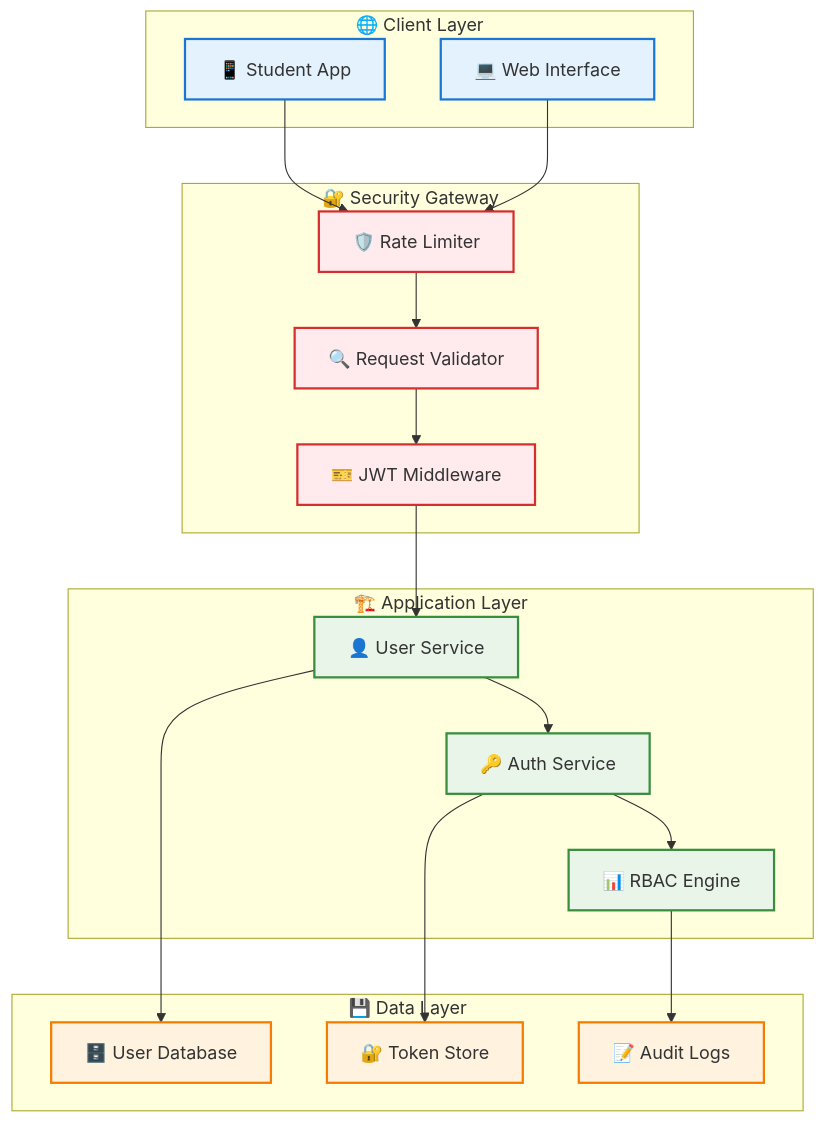
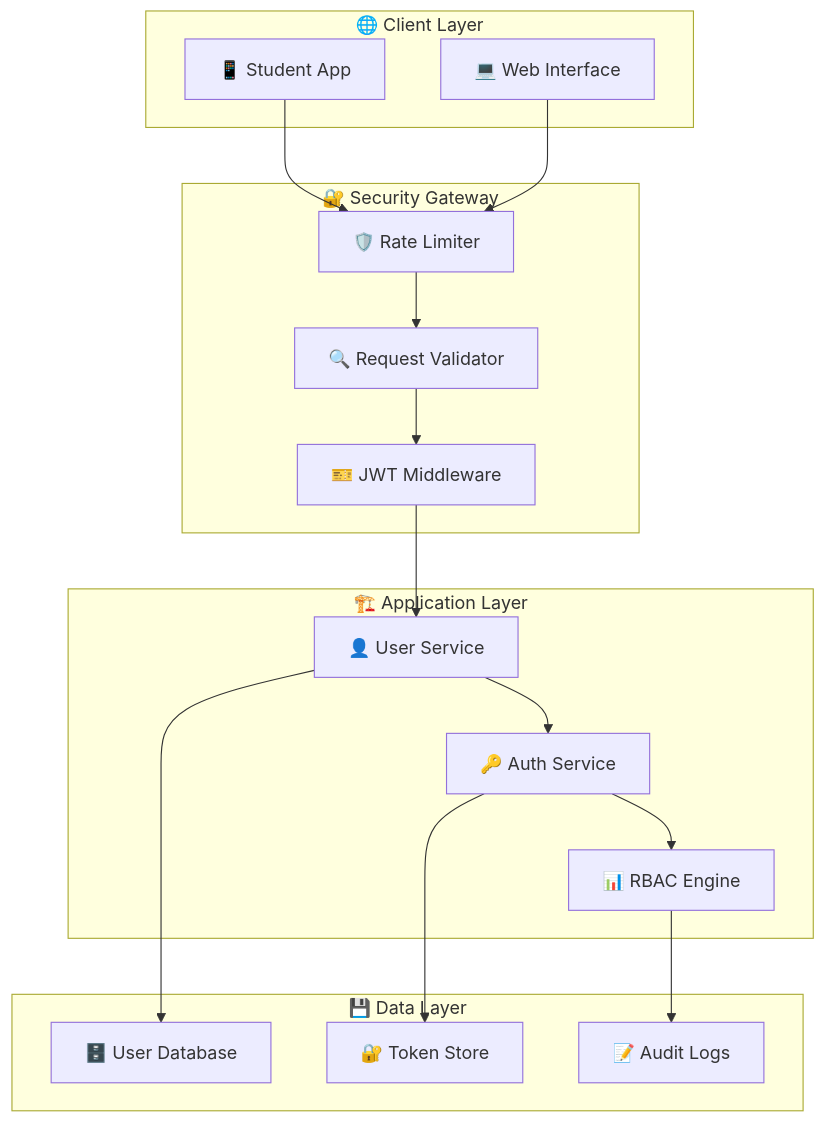
The third of 6 diagrams in docs/integrations/auth.md (shuv-amp/TestLoom), drawn with Mermaid before and after one commit.

Commit message:
docs: remove color from mermaid diagram for consistency

````diff
--- a/docs/integrations/auth.md
+++ b/docs/integrations/auth.md
@@ -143,46 +143,41 @@
 ```mermaid
 graph TB
     subgraph "🌐 Client Layer"
         A[📱 Student App]
         B[💻 Web Interface]
     end
     
     subgraph "🔐 Security Gateway"
         C[🛡️ Rate Limiter]
         D[🔍 Request Validator]
         E[🎫 JWT Middleware]
     end
     
     subgraph "🏗️ Application Layer"
         F[👤 User Service]
         G[🔑 Auth Service]
         H[📊 RBAC Engine]
     end
     
     subgraph "💾 Data Layer"
         I[🗄️ User Database]
         J[🔐 Token Store]
         K[📝 Audit Logs]
     end
     
     A --> C
     B --> C
     C --> D
     D --> E
     E --> F
     F --> G
     G --> H
     F --> I
     G --> J
     H --> K
     
-    classDef client fill:#e3f2fd,stroke:#1976d2,stroke-width:2px
-    classDef security fill:#ffebee,stroke:#d32f2f,stroke-width:2px
-    classDef app fill:#e8f5e8,stroke:#388e3c,stroke-width:2px
-    classDef data fill:#fff3e0,stroke:#f57c00,stroke-width:2px
-    
     class A,B client
     class C,D,E security
     class F,G,H app
     class I,J,K data
 ```
````
